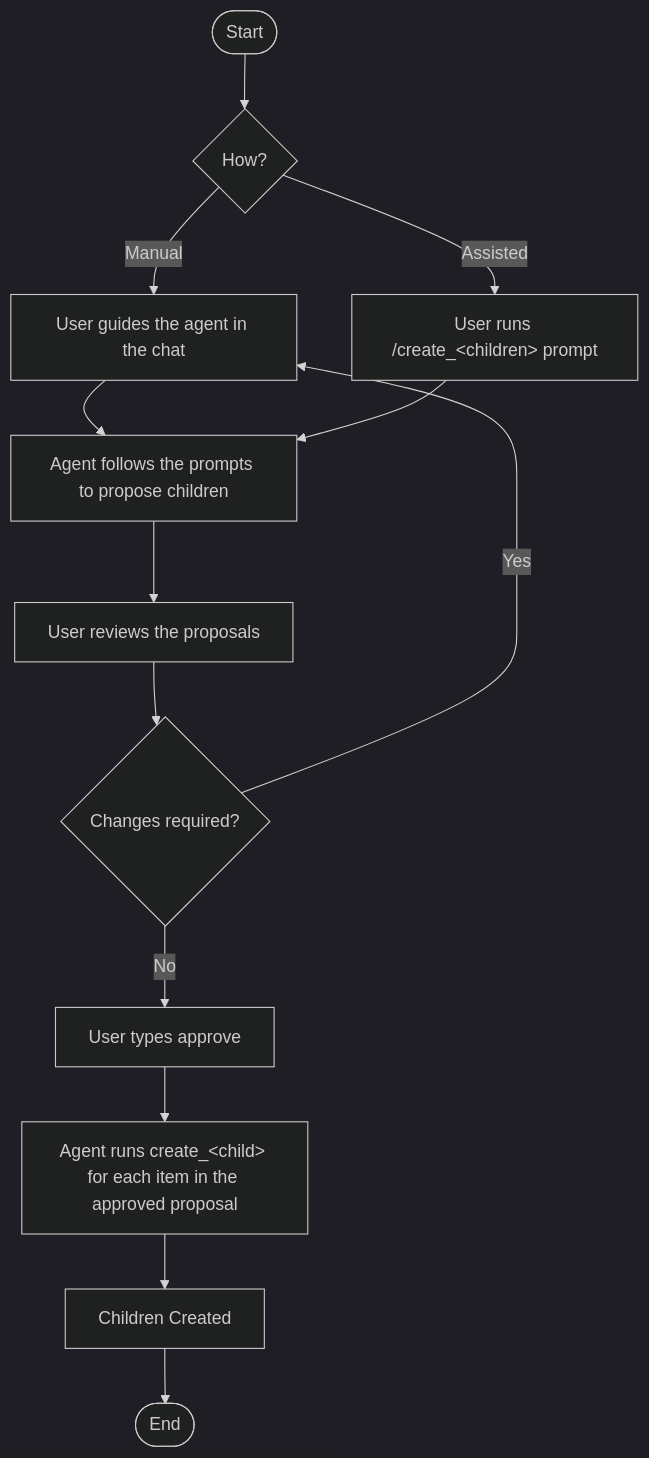
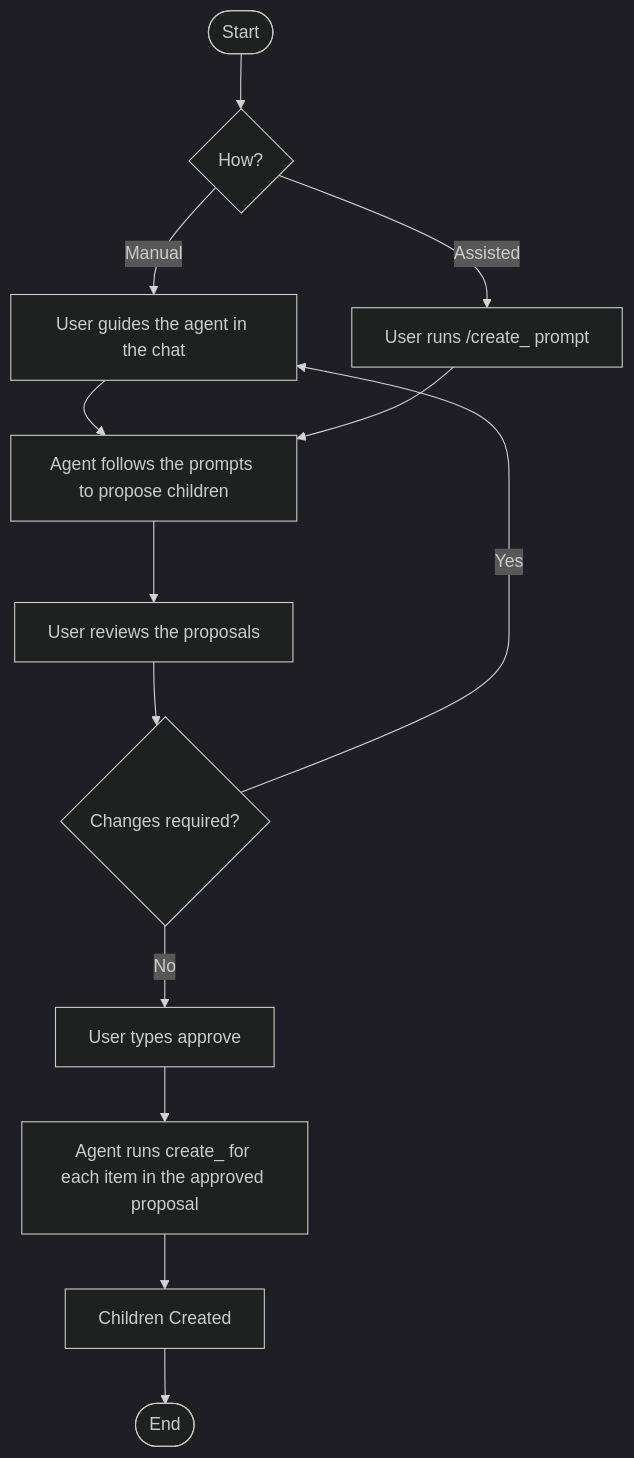
The second of 3 diagrams in docs/project_workflow.md (sgrade/plan-manager), drawn with Mermaid (dark theme) before and after one commit. The commit also changed other lines of this file and 6 other files, not shown here.

````diff
--- a/docs/project_workflow.md
+++ b/docs/project_workflow.md
@@ -44,14 +44,14 @@
 ```mermaid
 graph TD
     A([Start]) --> B{How?};
     B -- Manual --> C[User guides the agent in the chat] --> E;
-    B -- Assisted --> D["User runs /create_&lt;children&gt; prompt"] --> E;
+    B -- Assisted --> D["User runs /create_<children> prompt"] --> E;
     E["Agent follows the prompts to propose children"];
     E --> F["User reviews the proposals"];
     F --> G{"Changes required?"};
     G -- Yes --> C;
     G -- No --> H["User types approve"] --> I;
-    I["Agent runs create_&lt;child&gt; for each item in the approved proposal"];
+    I["Agent runs create_<child> for each item in the approved proposal"];
     I --> J[Children Created];
     J --> L([End]);
 ```
````
